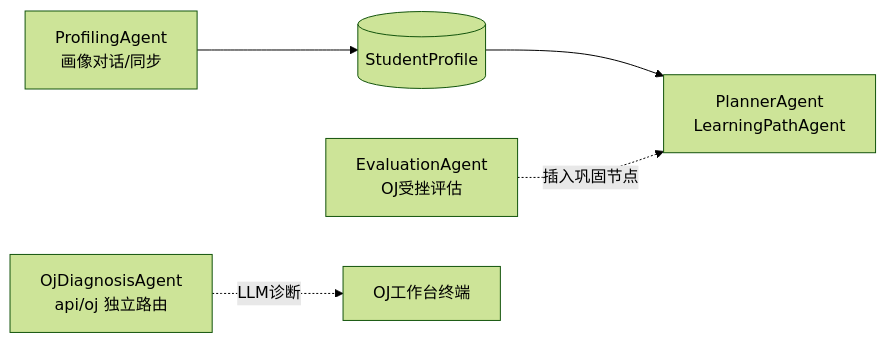
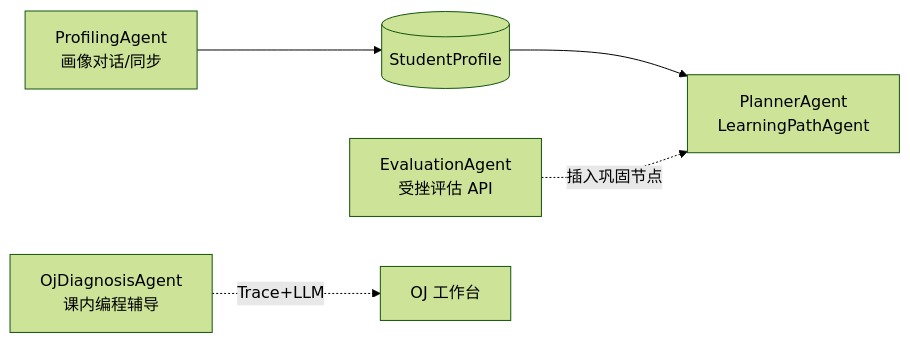
One commit to GhostYEH/AlgoPilot changed the third of 3 diagrams in README.md. Above: the diagram before and after it, drawn with Mermaid (forest theme). The commit also changed other lines of this file and 188 other files, not shown here.

````diff
--- a/README.md
+++ b/README.md
@@ -87,7 +157,7 @@
 ```mermaid
 flowchart LR
   P[ProfilingAgent<br/>画像对话/同步] --> DB[(StudentProfile)]
   DB --> PL[PlannerAgent<br/>LearningPathAgent]
-  E[EvaluationAgent<br/>OJ受挫评估] -.插入巩固节点.-> PL
-  OJ[OjDiagnosisAgent<br/>api/oj 独立路由] -.LLM诊断.-> UI[OJ工作台终端]
+  E[EvaluationAgent<br/>受挫评估 API] -.插入巩固节点.-> PL
+  OJ[OjDiagnosisAgent<br/>课内编程辅导] -.Trace+LLM.-> UI[OJ 工作台]
 ```
````
